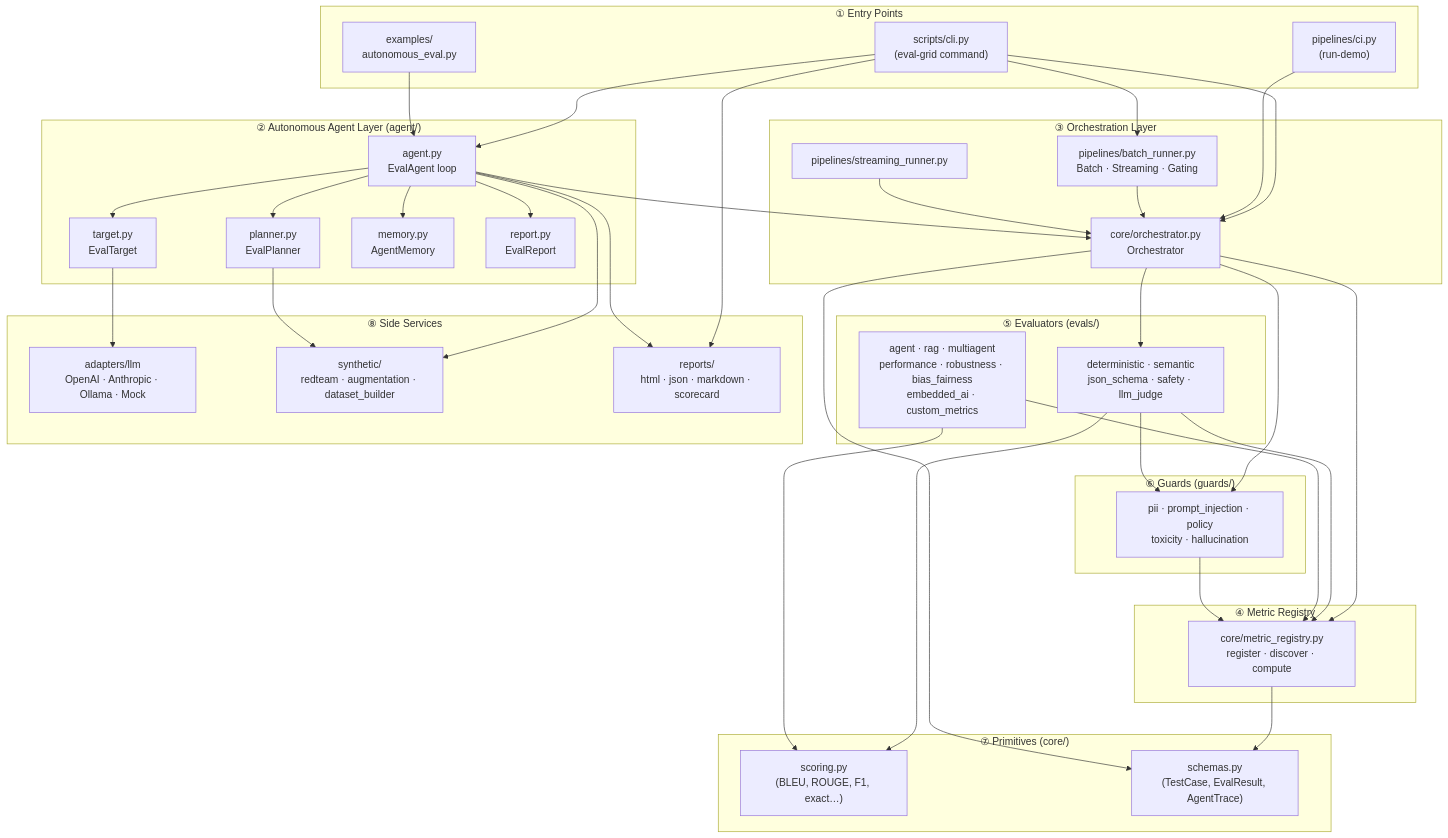
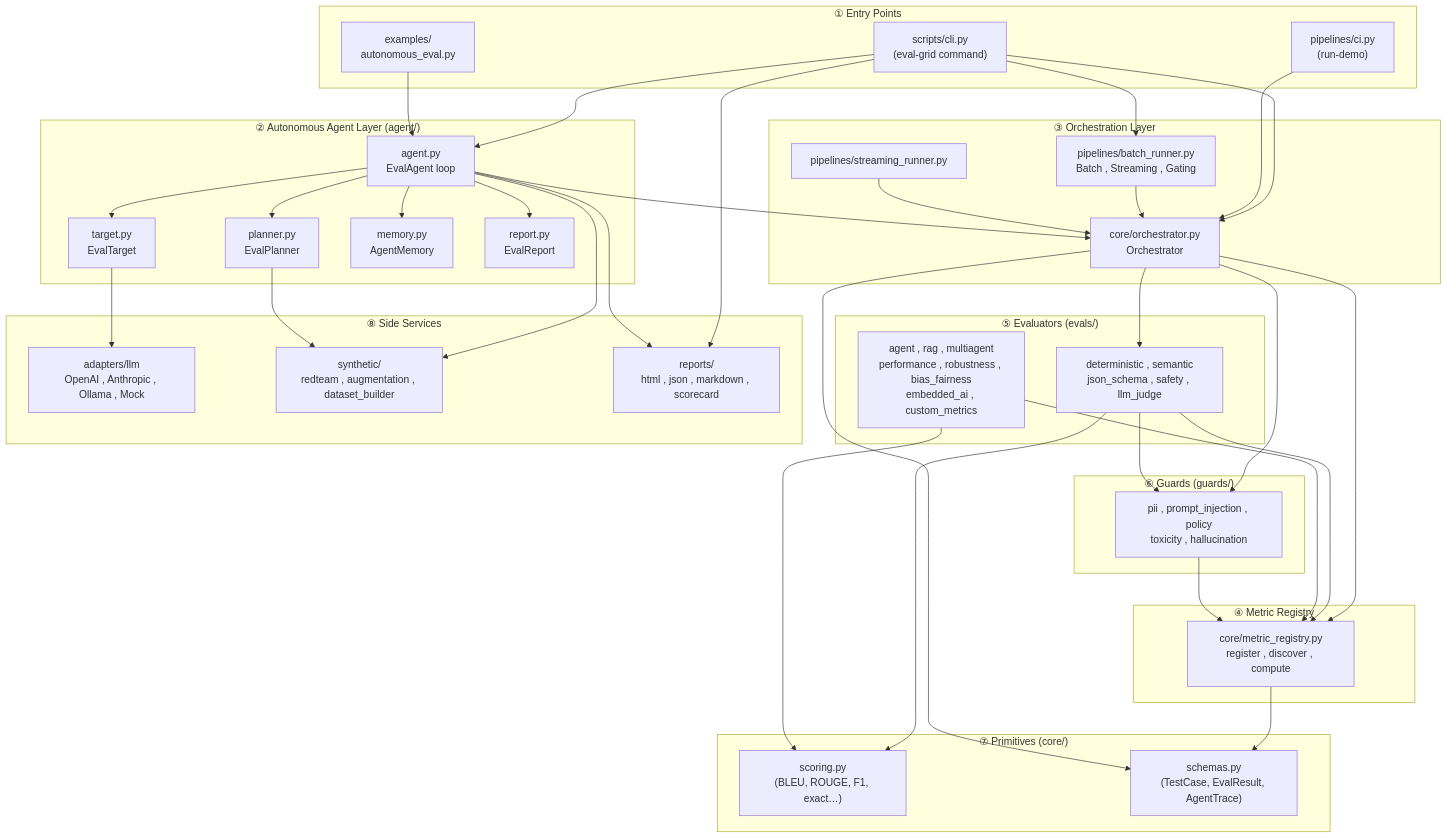
The first of 5 diagrams in docs/architecture_visual.md (cutevedha/EvalGrid), drawn with Mermaid before and after one commit. The commit also changed other lines of this file and 69 other files, not shown here.

````diff
--- a/docs/architecture_visual.md
+++ b/docs/architecture_visual.md
@@ -29,67 +29,67 @@
 ```mermaid
 graph TD
     subgraph L1["① Entry Points"]
         CLI["scripts/cli.py<br/>(eval-grid command)"]
         EX["examples/<br/>autonomous_eval.py"]
         CIDEMO["pipelines/ci.py<br/>(run-demo)"]
     end
 
     subgraph L2["② Autonomous Agent Layer  (agent/)"]
         AG["agent.py<br/>EvalAgent loop"]
         PL["planner.py<br/>EvalPlanner"]
         TG["target.py<br/>EvalTarget"]
         MEM["memory.py<br/>AgentMemory"]
         REP["report.py<br/>EvalReport"]
     end
 
     subgraph L3["③ Orchestration Layer"]
         ORCH["core/orchestrator.py<br/>Orchestrator"]
-        BATCH["pipelines/batch_runner.py<br/>Batch · Streaming · Gating"]
+        BATCH["pipelines/batch_runner.py<br/>Batch , Streaming , Gating"]
         STREAM["pipelines/streaming_runner.py"]
     end
 
     subgraph L4["④ Metric Registry"]
-        REG["core/metric_registry.py<br/>register · discover · compute"]
+        REG["core/metric_registry.py<br/>register , discover , compute"]
     end
 
     subgraph L5["⑤ Evaluators  (evals/)"]
-        EVDET["deterministic · semantic<br/>json_schema · safety · llm_judge"]
-        EVADV["agent · rag · multiagent<br/>performance · robustness · bias_fairness<br/>embedded_ai · custom_metrics"]
+        EVDET["deterministic , semantic<br/>json_schema , safety , llm_judge"]
+        EVADV["agent , rag , multiagent<br/>performance , robustness , bias_fairness<br/>embedded_ai , custom_metrics"]
     end
 
     subgraph L6["⑥ Guards  (guards/)"]
-        GUARD["pii · prompt_injection · policy<br/>toxicity · hallucination"]
+        GUARD["pii , prompt_injection , policy<br/>toxicity , hallucination"]
     end
 
     subgraph L7["⑦ Primitives  (core/)"]
         SCORE["scoring.py<br/>(BLEU, ROUGE, F1, exact…)"]
         SCHEMA["schemas.py<br/>(TestCase, EvalResult, AgentTrace)"]
     end
 
     subgraph L8["⑧ Side Services"]
-        ADAPT["adapters/llm<br/>OpenAI · Anthropic · Ollama · Mock"]
-        SYNTH["synthetic/<br/>redteam · augmentation · dataset_builder"]
-        REPORTS["reports/<br/>html · json · markdown · scorecard"]
+        ADAPT["adapters/llm<br/>OpenAI , Anthropic , Ollama , Mock"]
+        SYNTH["synthetic/<br/>redteam , augmentation , dataset_builder"]
+        REPORTS["reports/<br/>html , json , markdown , scorecard"]
     end
 
     CLI --> AG & ORCH & BATCH & REPORTS
     EX --> AG
     CIDEMO --> ORCH
 
     AG --> PL & TG & MEM & REP & ORCH
     AG --> SYNTH
     PL --> SYNTH
     TG --> ADAPT
 
     ORCH --> REG & EVDET & GUARD
     BATCH --> ORCH
     STREAM --> ORCH
 
     EVDET --> REG & SCORE & GUARD
     EVADV --> REG & SCORE
     GUARD --> REG
     REG --> SCHEMA
 
     AG --> REPORTS
     ORCH --> SCHEMA
 ```
````
